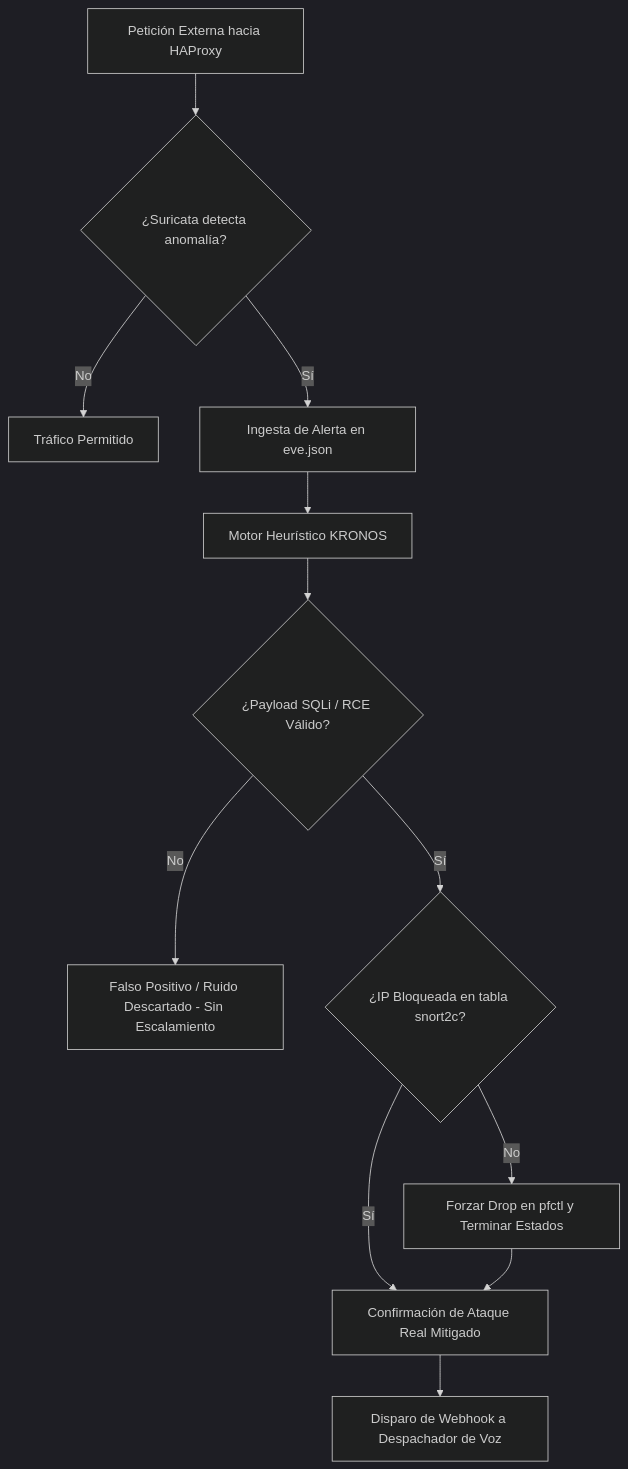
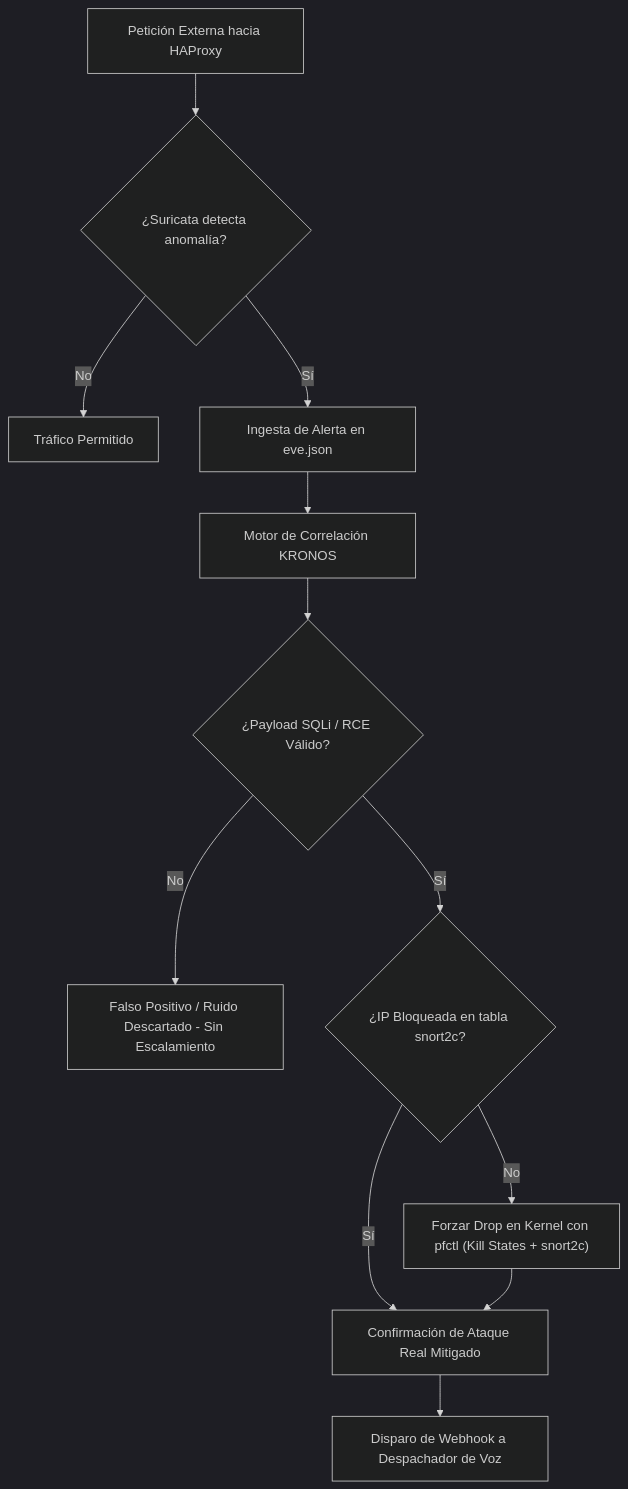
One commit to Fredinni/Proyecto-Portafolio changed the diagram in README.md. Above: the diagram before and after it, drawn with Mermaid (dark theme). The commit also changed other lines of this file and 11 other files, not shown here.

Commit message:
refactor(architecture): standardize Motor de Correlacion KRONOS naming and pfctl kernel state management across diagrams, code, docs and PDFs

````diff
--- a/README.md
+++ b/README.md
@@ -70,14 +70,14 @@
 ```mermaid
 flowchart TD
     A["Petición Externa hacia HAProxy"] --> B{"¿Suricata detecta anomalía?"}
     B -- No --> C["Tráfico Permitido"]
     B -- Sí --> D["Ingesta de Alerta en eve.json"]
-    D --> E["Motor Heurístico KRONOS"]
+    D --> E["Motor de Correlación KRONOS"]
     E --> F{"¿Payload SQLi / RCE Válido?"}
     F -- No --> G["Falso Positivo / Ruido Descartado - Sin Escalamiento"]
     F -- Sí --> H{"¿IP Bloqueada en tabla snort2c?"}
-    H -- No --> I["Forzar Drop en pfctl y Terminar Estados"]
+    H -- No --> I["Forzar Drop en Kernel con pfctl (Kill States + snort2c)"]
     H -- Sí --> J["Confirmación de Ataque Real Mitigado"]
     I --> J
     J --> K["Disparo de Webhook a Despachador de Voz"]
 ```
````
